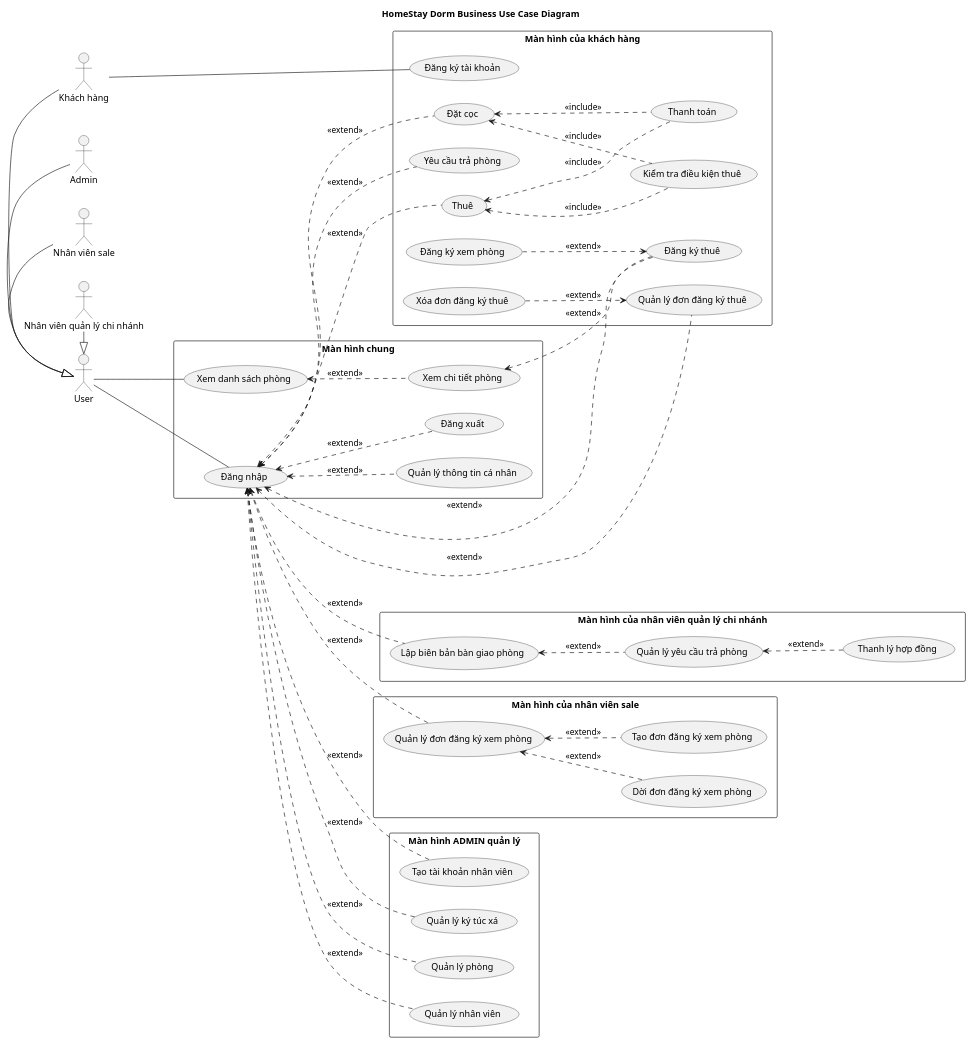
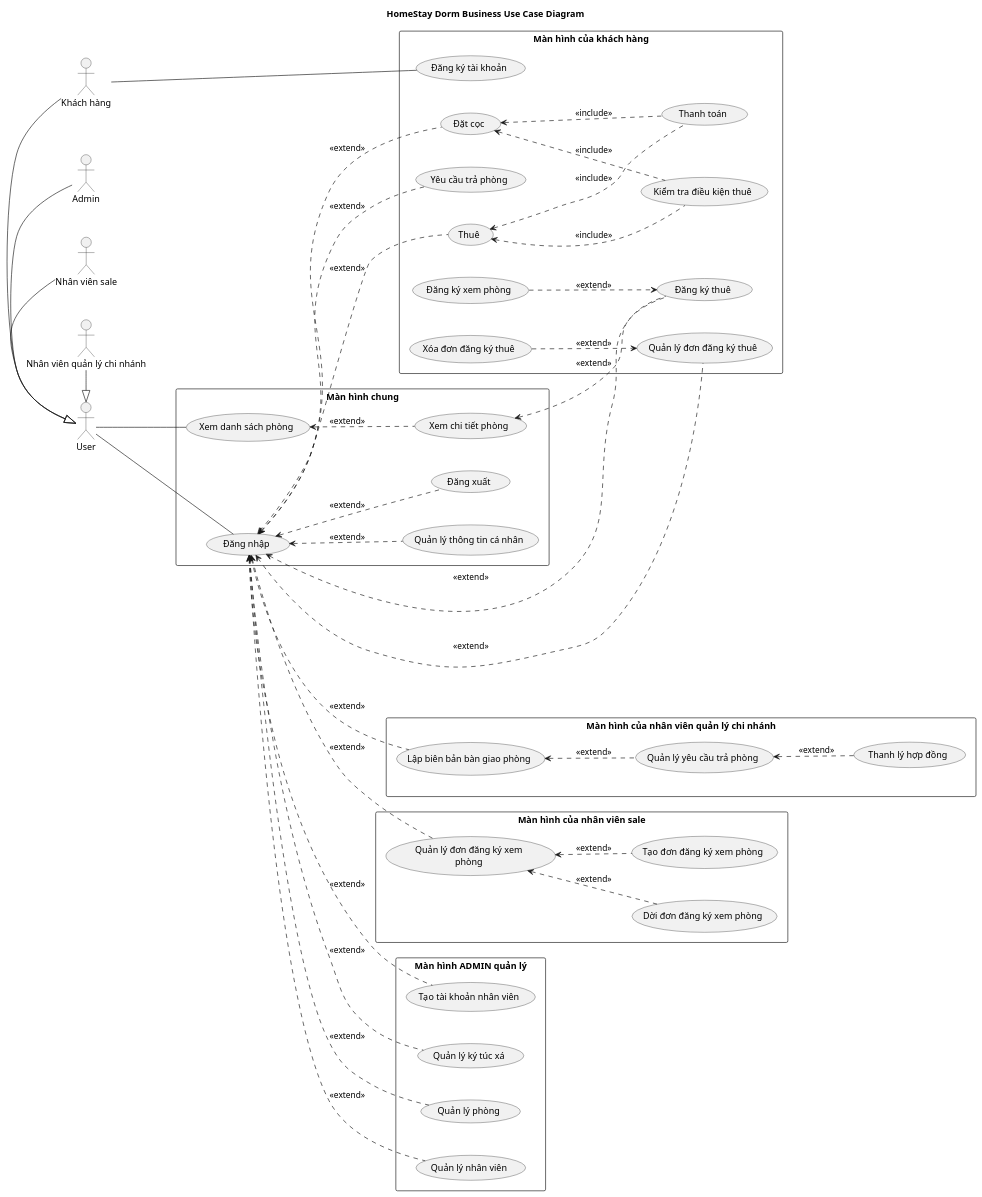
Before and after one commit to Gnourt812005/HCMUS-Analyze-and-desgin-IS: the diagram in doc/system/use-case/usecase.wsd, drawn with PlantUML. The commit also changed 20 other files, not shown here.

```diff
--- a/doc/system/use-case/usecase.wsd
+++ b/doc/system/use-case/usecase.wsd
@@ -1,111 +1,122 @@
 @startuml BusinessUsecase
 title HomeStay Dorm Business Use Case Diagram
 skinparam packageStyle rectangle
+
+' --- SETUP LAYOUT ---
+' skinparam linetype ortho
+' skinparam nodesep 60
+' skinparam ranksep 80
+' skinparam wrapWidth 200
+
+
+skinparam nodesep 50
+skinparam ranksep 60
+skinparam wrapWidth 200
 
 ' Direction
 left to right direction
 
 ' Define B.Actors
 actor "Khách hàng" as customer
 actor "Nhân viên sale" as employee_sale
 actor "Nhân viên quản lý chi nhánh" as employee_manager
 actor "Admin" as admin
 actor "User" as user
 
 customer -|> user
 employee_sale -|> user
 employee_manager -|> user
 admin -|> user
 
 ' Entity Managment Use-case'Họ và tên
 ' Admin Use-case'
 
 rectangle "Màn hình chung" {
   usecase "Đăng nhập" as UC_DangNhap
   usecase "Đăng xuất" as UC_DangXuat
   usecase "Quản lý thông tin cá nhân" as UC_QuanLyThongTinCaNhan
   usecase "Xem danh sách phòng" as UC_XemDanhSachPhong
   usecase "Xem chi tiết phòng" as UC_XemChiTietPhong
 
   user -- UC_DangNhap
   UC_DangNhap <.. UC_DangXuat: <<extend>>
   UC_DangNhap <.. UC_QuanLyThongTinCaNhan: <<extend>>
   user -- UC_XemDanhSachPhong
   UC_XemDanhSachPhong <.. UC_XemChiTietPhong: <<extend>>
 }
 
 rectangle "Màn hình của nhân viên quản lý chi nhánh" {
   usecase "Lập biên bản bàn giao phòng" as UC_LapBienBanBanGiaoPhong
   usecase "Quản lý yêu cầu trả phòng" as UC_QuanLyYeuCauTraPhong
   usecase "Thanh lý hợp đồng" as UC_ThanhLyHopDong  
 
   UC_DangNhap <.. UC_LapBienBanBanGiaoPhong: <<extend>>
   UC_LapBienBanBanGiaoPhong <.. UC_QuanLyYeuCauTraPhong: <<extend>>
   UC_QuanLyYeuCauTraPhong <.. UC_ThanhLyHopDong: <<extend>>
 }
 
 rectangle "Màn hình của nhân viên sale" {
   usecase "Quản lý đơn đăng ký xem phòng" as UC_QuanLyDonDangKyXemPhong
   usecase "Dời đơn đăng ký xem phòng" as UC_DoiDonDangKyXemPhong
   usecase "Tạo đơn đăng ký xem phòng" as UC_TaoDonDangKyXemPhong
 
   UC_DangNhap <.. UC_QuanLyDonDangKyXemPhong: <<extend>>
   UC_QuanLyDonDangKyXemPhong <.. UC_DoiDonDangKyXemPhong: <<extend>>
   UC_QuanLyDonDangKyXemPhong <.. UC_TaoDonDangKyXemPhong: <<extend>>
 }
 
 ' Customer sub-system'
 rectangle "Màn hình của khách hàng" {
   usecase "Đăng ký tài khoản" as UC_DangKy
   usecase "Đăng ký xem phòng" as UC_DangKyXemPhong
 
   usecase "Đăng ký thuê" as UC_DangKyThue
   usecase "Quản lý đơn đăng ký thuê" as UC_QuanLyDonDangKyThue
   usecase "Xóa đơn đăng ký thuê" as UC_XoaDonDangKyThue
 
   usecase "Đặt cọc" as UC_DatCoc
   usecase "Kiểm tra điều kiện thuê" as UC_KiemTraDieuKienThue
 
   usecase "Yêu cầu trả phòng" as UC_YeuCauTraPhong
   usecase "Thanh toán" as UC_ThanhToan
 
   usecase "Thuê" as UC_Thue
 
   customer -- UC_DangKy
 
   UC_XemChiTietPhong <.. UC_DangKyThue : <<extend>>
   UC_DangNhap <.. UC_DangKyThue: <<extend>>
   UC_DangKyXemPhong ..> UC_DangKyThue: <<extend>>
   UC_DangNhap <.. UC_QuanLyDonDangKyThue: <<extend>>
   UC_XoaDonDangKyThue ..> UC_QuanLyDonDangKyThue: <<extend>>
 
   UC_DangNhap <.. UC_DatCoc: <<extend>>
   UC_DatCoc <.. UC_KiemTraDieuKienThue: <<include>>
   UC_DatCoc <.. UC_ThanhToan: <<include>>
 
   UC_DangNhap <.. UC_Thue: <<extend>>
   UC_Thue <.. UC_ThanhToan: <<include>>
   UC_Thue <.. UC_KiemTraDieuKienThue: <<include>>
 
   UC_DangNhap <.. UC_YeuCauTraPhong: <<extend>>
 }
 
 ' usecase "Xử lý nhận phòng" as UC_XuLyNhanPhong
 
 ' usecase "Tính khoản hoàn cọc và khấu trừ" as UC_TinhHoanCocKhauTru
 
 ' Actor - Main Use Cases Associations
 
 rectangle "Màn hình ADMIN quản lý" {
   usecase "Tạo tài khoản nhân viên" as UC_TaoTaiKhoanNhanVien
   usecase "Quản lý ký túc xá" as UC_QuanLyKyTucXa
   usecase "Quản lý phòng" as UC_QuanLyPhong
   usecase "Quản lý nhân viên" as UC_QuanLyNhanVien
 
   UC_DangNhap <.. UC_TaoTaiKhoanNhanVien: <<extend>>
   UC_DangNhap <.. UC_QuanLyKyTucXa: <<extend>>
   UC_DangNhap <.. UC_QuanLyPhong: <<extend>>
   UC_DangNhap <.. UC_QuanLyNhanVien: <<extend>>
 }
 
 @enduml
```
